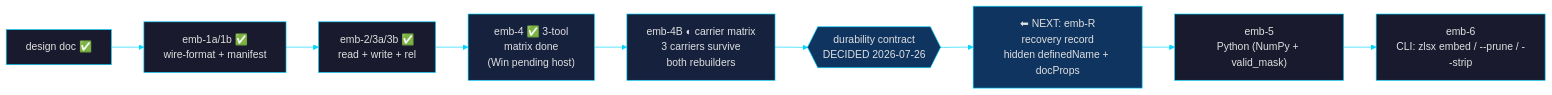
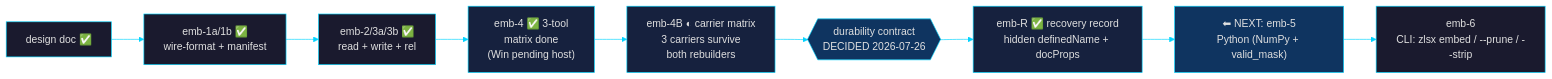
One commit to laurentfabre/zlsx changed the diagram in goal.md. Above: the diagram before and after it, drawn with Mermaid. The commit also changed other lines of this file and 8 other files, not shown here.

First line of the commit message:
feat(emb): ER — the recovery record (#127)

````diff
--- a/goal.md
+++ b/goal.md
@@ -28,16 +28,17 @@
 ```mermaid
 %%{init: {'theme': 'base', 'themeVariables': {'primaryColor': '#1a1a2e', 'primaryTextColor': '#e0e0e0', 'primaryBorderColor': '#00d4ff', 'lineColor': '#00d4ff', 'secondaryColor': '#16213e', 'tertiaryColor': '#0f3460', 'fontFamily': 'monospace'}}}%%
 graph LR
     D["design doc ✅"] --> E1["emb-1a/1b ✅<br/>wire-format + manifest"]
     E1 --> E2["emb-2/3a/3b ✅<br/>read + write + rel"]
     E2 --> E4["emb-4 ✅ 3-tool<br/>matrix done<br/>(Win pending host)"]
     E4 --> E4B["emb-4B ◐ carrier matrix<br/>3 carriers survive<br/>both rebuilders"]
     E4B --> DEC{{"durability contract<br/>DECIDED 2026-07-26"}}
-    DEC --> ER["⬅ NEXT: emb-R<br/>recovery record<br/>hidden definedName + docProps"]
-    ER --> E5["emb-5<br/>Python (NumPy + valid_mask)"]
+    DEC --> ER["emb-R ✅ recovery record<br/>hidden definedName + docProps"]
+    ER --> E5["⬅ NEXT: emb-5<br/>Python (NumPy + valid_mask)"]
     E5 --> E6["emb-6<br/>CLI: zlsx embed / --prune / --strip"]
     style E4 fill:#16213e
     style E4B fill:#16213e
     style DEC fill:#0f3460
-    style ER fill:#0f3460
+    style ER fill:#16213e
+    style E5 fill:#0f3460
 ```
````
